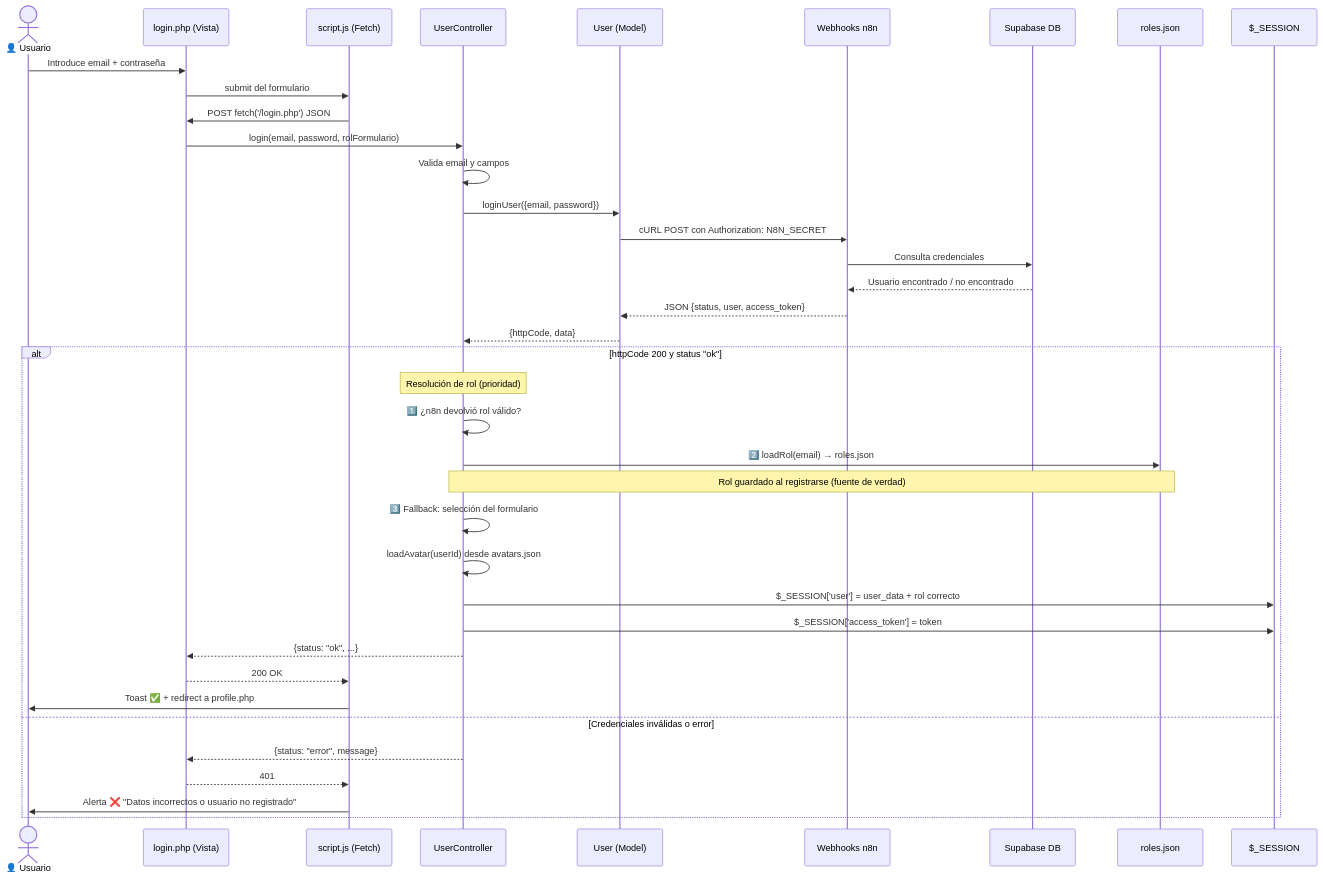
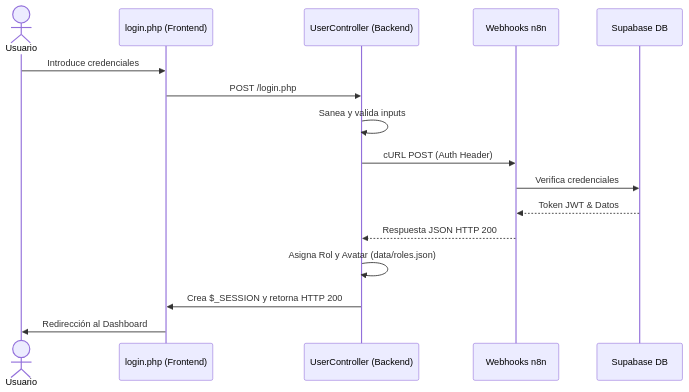
The diagram in README.md (ElyasIT/edubookweb), drawn with Mermaid before and after one commit. The commit also changed other lines of this file and 16 other files, not shown here.

````diff
--- a/README.md
+++ b/README.md
@@ -155,43 +90,19 @@
 ```mermaid
 sequenceDiagram
-    actor U as 👤 Usuario
-    participant V as login.php (Vista)
-    participant JS as script.js (Fetch)
-    participant UC as UserController
-    participant M as User (Model)
+    actor Usuario
+    participant Vista as login.php (Frontend)
+    participant Ctrl as UserController (Backend)
     participant N8N as Webhooks n8n
     participant DB as Supabase DB
-    participant RJ as roles.json
-    participant S as $_SESSION
 
-    U->>V: Introduce email + contraseña
-    V->>JS: submit del formulario
-    JS->>V: POST fetch('/login.php') JSON
-
-    V->>UC: login(email, password, rolFormulario)
-    UC->>UC: Valida email y campos
-    UC->>M: loginUser({email, password})
-    M->>N8N: cURL POST con Authorization: N8N_SECRET
-    N8N->>DB: Consulta credenciales
-    DB-->>N8N: Usuario encontrado / no encontrado
-    N8N-->>M: JSON {status, user, access_token}
-    M-->>UC: {httpCode, data}
-
-    alt httpCode 200 y status "ok"
-        Note over UC: Resolución de rol (prioridad)
-        UC->>UC: 1️⃣ ¿n8n devolvió rol válido?
-        UC->>RJ: 2️⃣ loadRol(email) → roles.json
-        Note over UC,RJ: Rol guardado al registrarse (fuente de verdad)
-        UC->>UC: 3️⃣ Fallback: selección del formulario
-        UC->>UC: loadAvatar(userId) desde avatars.json
-        UC->>S: $_SESSION['user'] = user_data + rol correcto
-        UC->>S: $_SESSION['access_token'] = token
-        UC-->>V: {status: "ok", ...}
-        V-->>JS: 200 OK
-        JS->>U: Toast ✅ + redirect a profile.php
-    else Credenciales inválidas o error
-        UC-->>V: {status: "error", message}
-        V-->>JS: 401
-        JS->>U: Alerta ❌ "Datos incorrectos o usuario no registrado"
-    end
+    Usuario->>Vista: Introduce credenciales
+    Vista->>Ctrl: POST /login.php
+    Ctrl->>Ctrl: Sanea y valida inputs
+    Ctrl->>N8N: cURL POST (Auth Header)
+    N8N->>DB: Verifica credenciales
+    DB-->>N8N: Token JWT & Datos
+    N8N-->>Ctrl: Respuesta JSON HTTP 200
+    Ctrl->>Ctrl: Asigna Rol y Avatar (data/roles.json)
+    Ctrl->>Vista: Crea $_SESSION y retorna HTTP 200
+    Vista->>Usuario: Redirección al Dashboard
 ```
````
